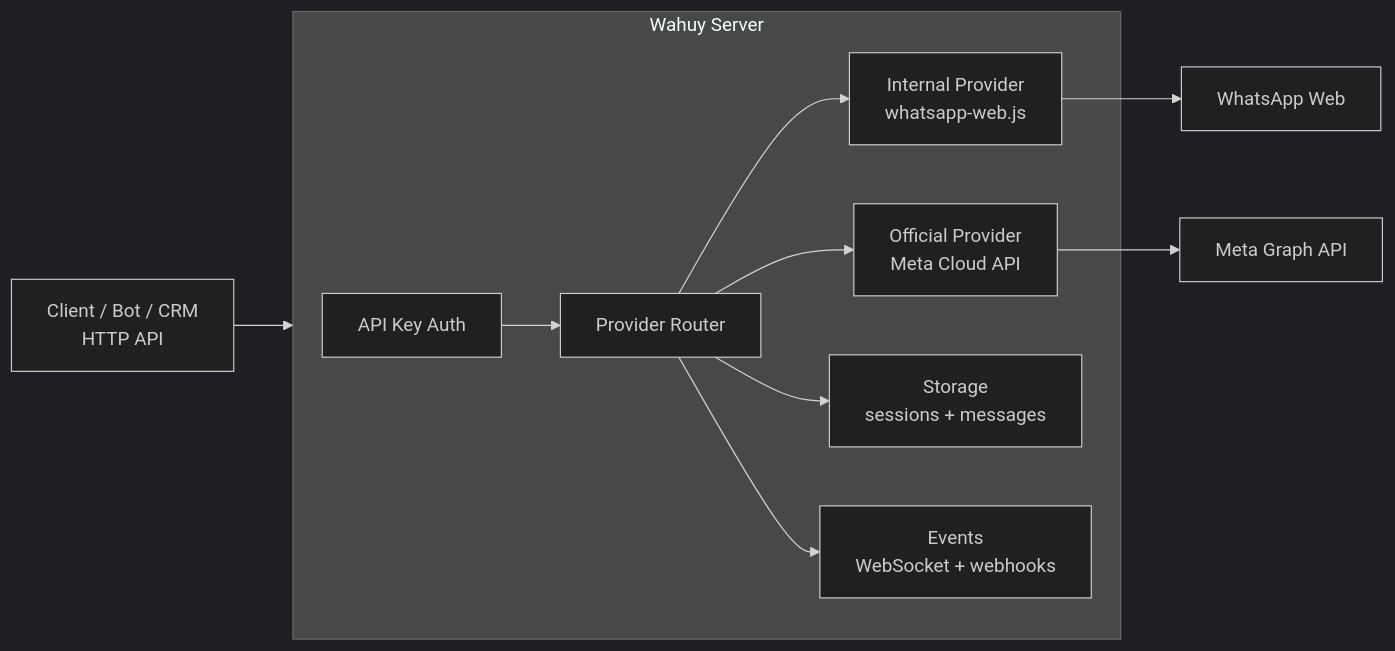
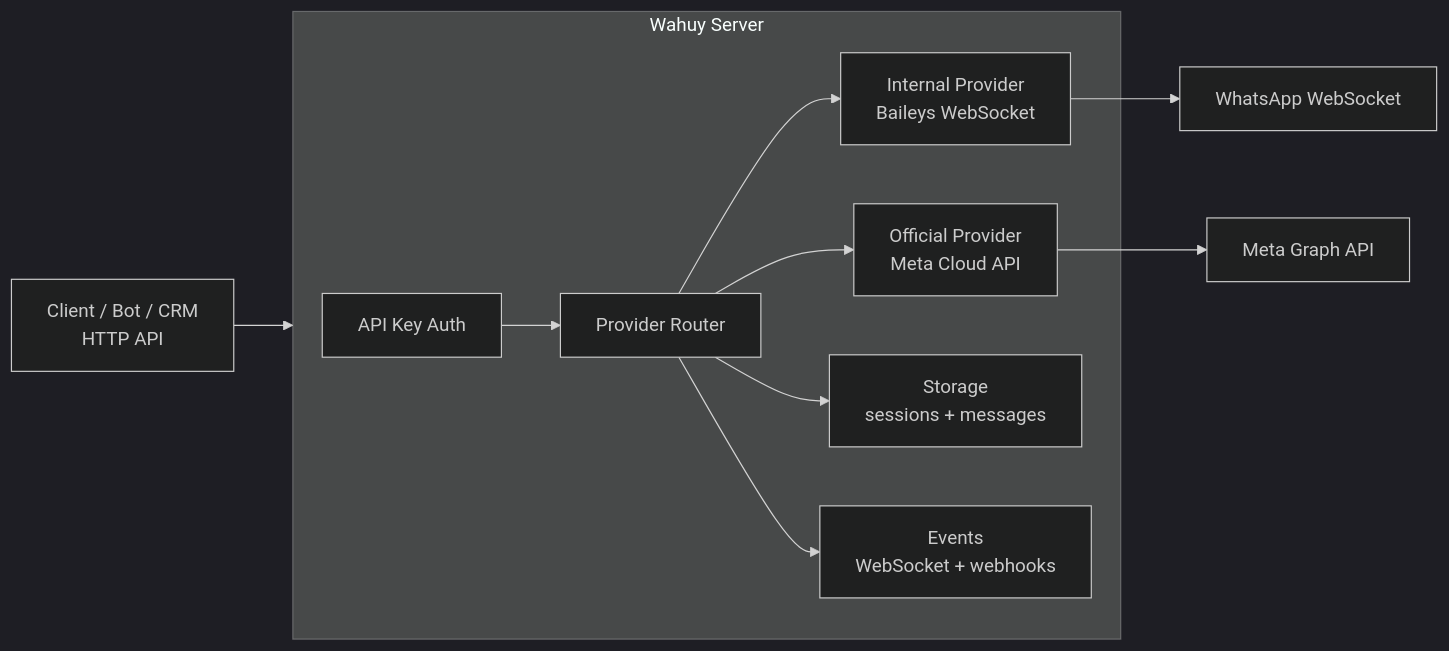
One commit to utsmannn/wahuy changed the diagram in README.md. Above: the diagram before and after it, drawn with Mermaid (dark theme). The commit also changed other lines of this file and 23 other files, not shown here.

Commit message:
feat: migrate internal provider to baileys

````diff
--- a/README.md
+++ b/README.md
@@ -13,13 +13,13 @@
 ```mermaid
 flowchart LR
     C[Client / Bot / CRM<br/>HTTP API] --> W[Wahuy Server]
     subgraph W[Wahuy Server]
         A[API Key Auth] --> P[Provider Router]
-        P --> I[Internal Provider<br/>whatsapp-web.js]
+        P --> I[Internal Provider<br/>Baileys WebSocket]
         P --> O[Official Provider<br/>Meta Cloud API]
         P --> S[Storage<br/>sessions + messages]
         P --> E[Events<br/>WebSocket + webhooks]
     end
-    I --> WA[WhatsApp Web]
+    I --> WA[WhatsApp WebSocket]
     O --> M[Meta Graph API]
 ```
````
